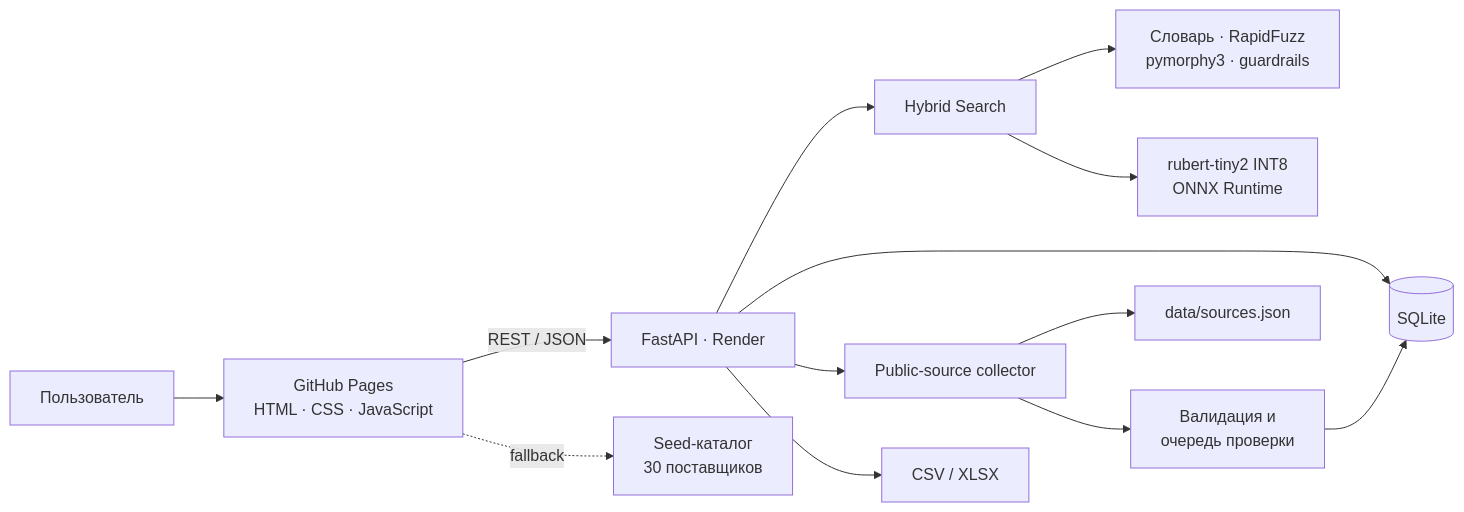
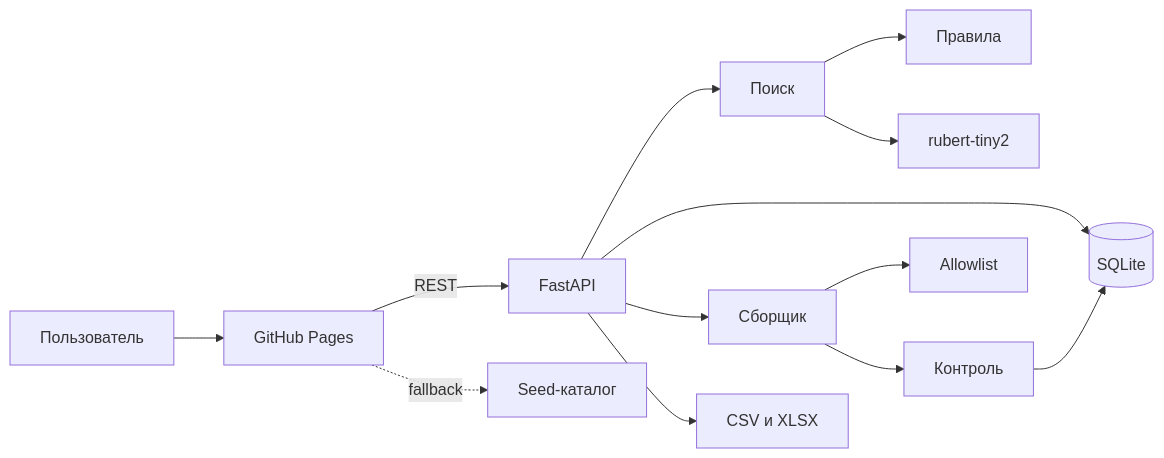
One commit to SeniorDanilBodrov/foodsource changed the first of 3 diagrams in README.md. Above: the diagram before and after it, drawn with Mermaid. The commit also changed other lines of this file, not shown here.

Commit message:
Fix Mermaid labels in README [skip render]

````diff
--- a/README.md
+++ b/README.md
@@ -106,18 +106,18 @@
 ```mermaid
 flowchart LR
-    U[Пользователь] --> UI[GitHub Pages<br/>HTML · CSS · JavaScript]
-    UI -->|REST / JSON| API[FastAPI · Render]
-    UI -. fallback .-> SEED[Seed-каталог<br/>30 поставщиков]
+    U[Пользователь] --> UI[GitHub Pages]
+    UI -->|REST| API[FastAPI]
+    UI -. fallback .-> SEED[Seed-каталог]
 
-    API --> SEARCH[Hybrid Search]
+    API --> SEARCH[Поиск]
     API --> DB[(SQLite)]
-    API --> COLLECTOR[Public-source collector]
-    API --> FILES[CSV / XLSX]
+    API --> COLLECTOR[Сборщик]
+    API --> FILES[CSV и XLSX]
 
-    SEARCH --> RULES[Словарь · RapidFuzz<br/>pymorphy3 · guardrails]
-    SEARCH --> ONNX[rubert-tiny2 INT8<br/>ONNX Runtime]
+    SEARCH --> RULES[Правила]
+    SEARCH --> ONNX[rubert-tiny2]
 
-    COLLECTOR --> SOURCES[data/sources.json]
-    COLLECTOR --> QUALITY[Валидация и<br/>очередь проверки]
+    COLLECTOR --> SOURCES[Allowlist]
+    COLLECTOR --> QUALITY[Контроль]
     QUALITY --> DB
 ```
````
